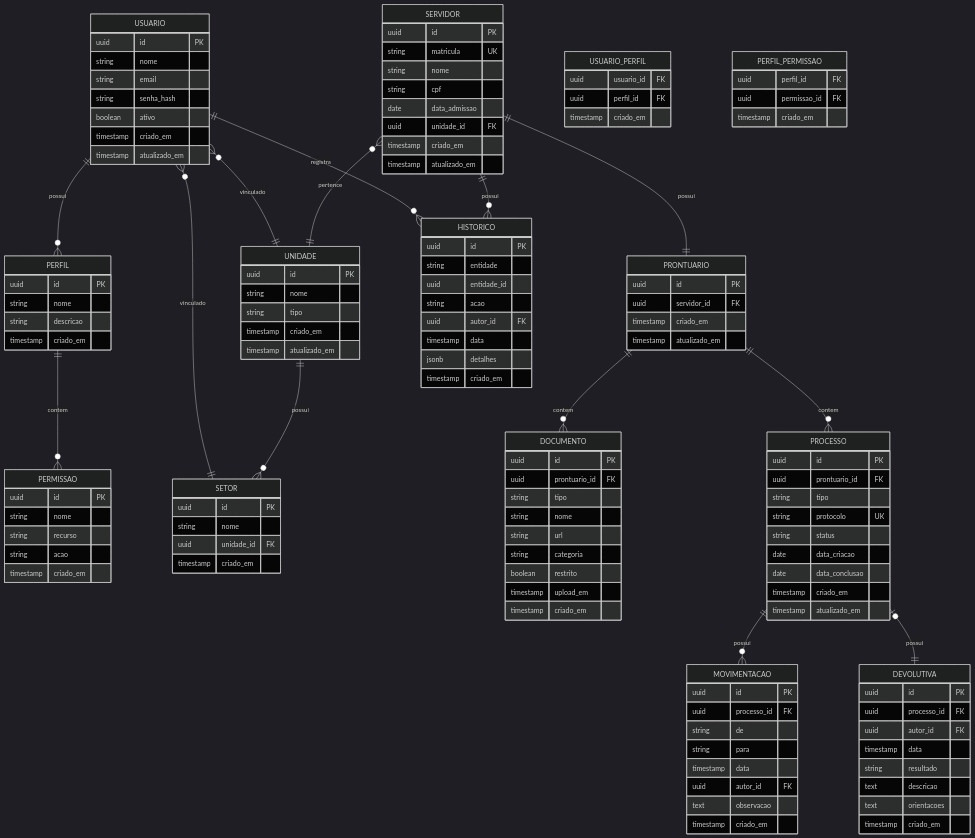
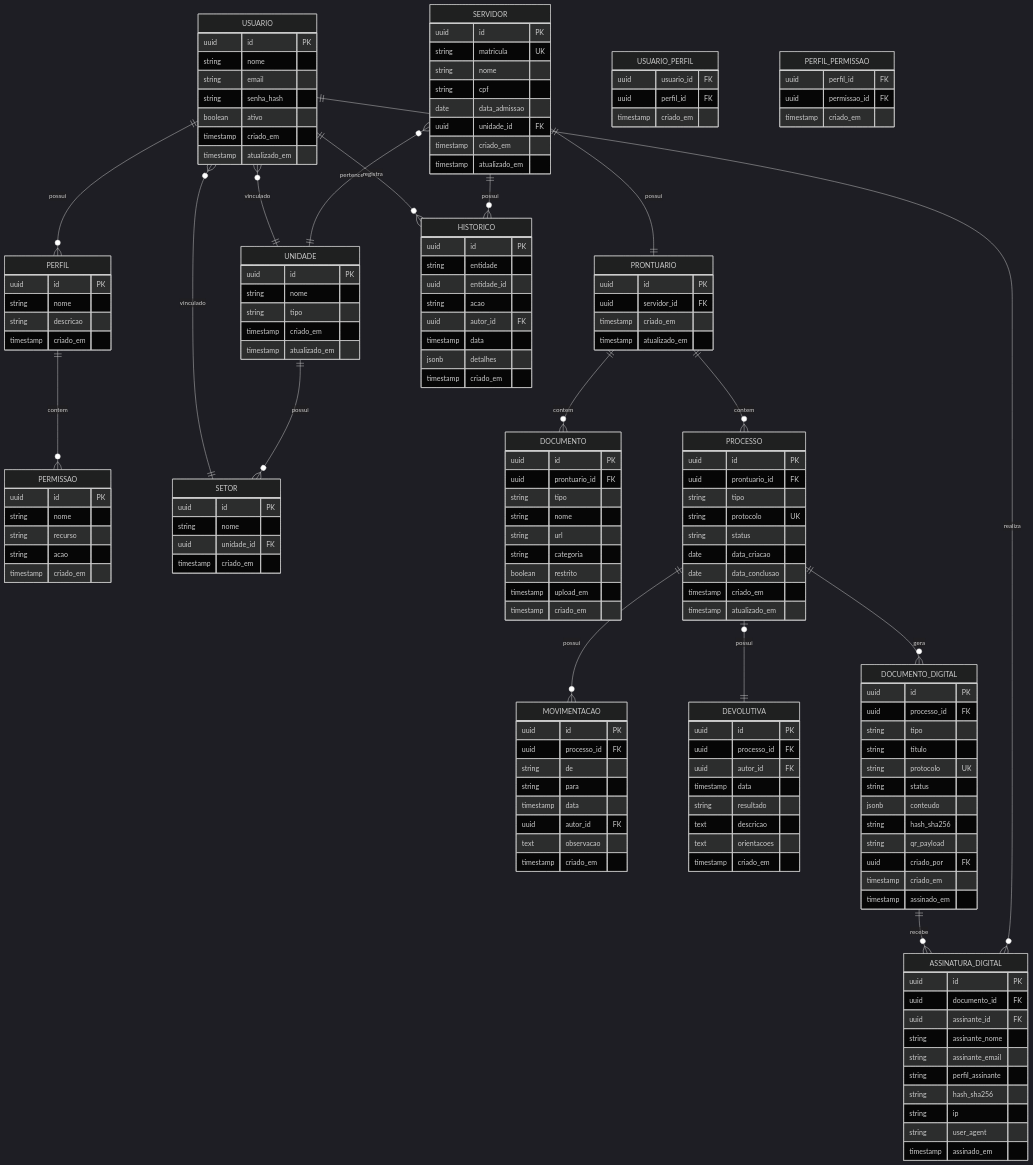
The diagram in docs/04-arquitetura/02-modelo-dados.md (marcosroberto-netizen/servidor360), drawn with Mermaid (dark theme) before and after one commit. The commit also changed other lines of this file and 24 other files, not shown here.

Commit message:
Implementa assinatura digital de atestados

```diff
--- a/docs/04-arquitetura/02-modelo-dados.md
+++ b/docs/04-arquitetura/02-modelo-dados.md
@@ -21,7 +21,10 @@
     PRONTUARIO ||--o{ PROCESSO : contem
     PROCESSO ||--o{ MOVIMENTACAO : possui
     PROCESSO |o--|| DEVOLUTIVA : possui
+    PROCESSO ||--o{ DOCUMENTO_DIGITAL : gera
+    DOCUMENTO_DIGITAL ||--o{ ASSINATURA_DIGITAL : recebe
     USUARIO ||--o{ HISTORICO : registra
+    USUARIO ||--o{ ASSINATURA_DIGITAL : realiza
     SERVIDOR ||--o{ HISTORICO : possui
 
     USUARIO {
@@ -140,6 +143,34 @@
         timestamp criado_em
     }
 
+    DOCUMENTO_DIGITAL {
+        uuid id PK
+        uuid processo_id FK
+        string tipo
+        string titulo
+        string protocolo UK
+        string status
+        jsonb conteudo
+        string hash_sha256
+        string qr_payload
+        uuid criado_por FK
+        timestamp criado_em
+        timestamp assinado_em
+    }
+
+    ASSINATURA_DIGITAL {
+        uuid id PK
+        uuid documento_id FK
+        uuid assinante_id FK
+        string assinante_nome
+        string assinante_email
+        string perfil_assinante
+        string hash_sha256
+        string ip
+        string user_agent
+        timestamp assinado_em
+    }
+
     HISTORICO {
         uuid id PK
         string entidade
```
